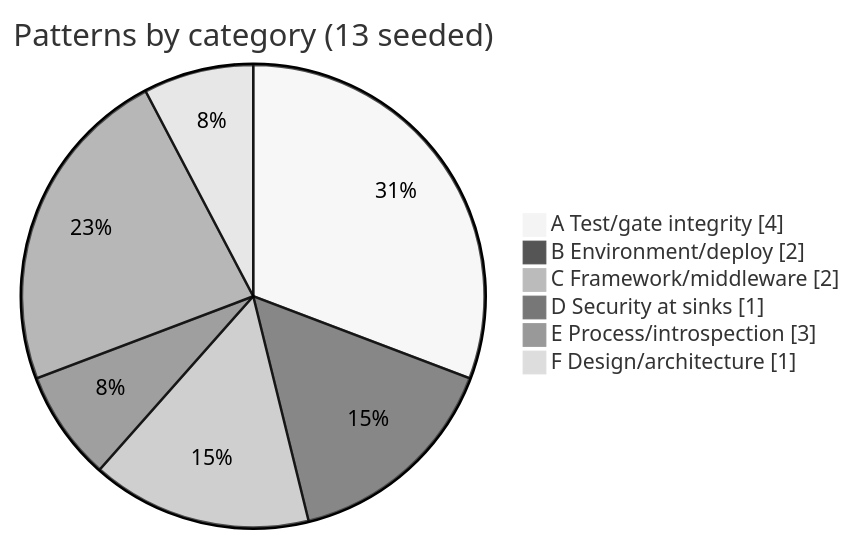
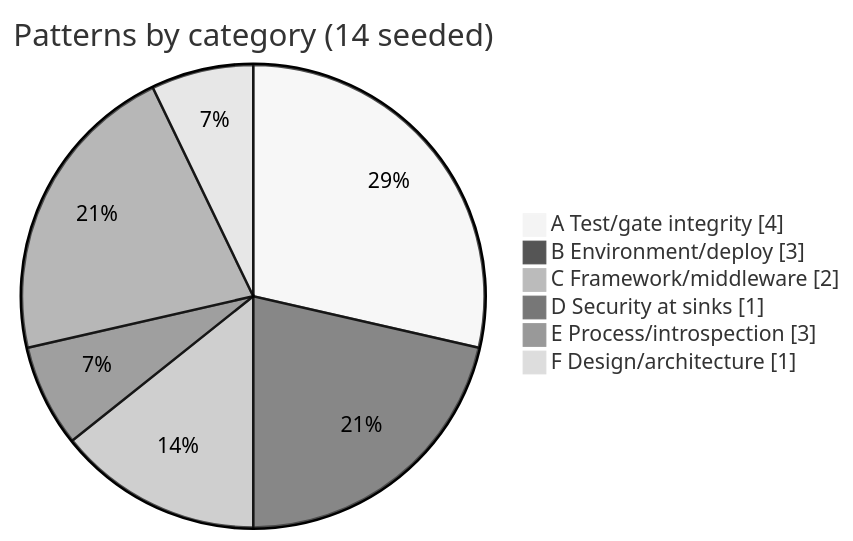
One commit to pranems/SCIMServer changed the second of 2 diagrams in docs/strategy/ENGINEERING_LESSONS_AND_PATTERNS.md. Above: the diagram before and after it, drawn with Mermaid (neutral theme). The commit also changed other lines of this file and 6 other files, not shown here.

````diff
--- a/docs/strategy/ENGINEERING_LESSONS_AND_PATTERNS.md
+++ b/docs/strategy/ENGINEERING_LESSONS_AND_PATTERNS.md
@@ -92,10 +92,10 @@
 ```mermaid
 pie showData
-    title Patterns by category (13 seeded)
+    title Patterns by category (14 seeded)
     "A Test/gate integrity" : 4
-    "B Environment/deploy" : 2
+    "B Environment/deploy" : 3
     "C Framework/middleware" : 2
     "D Security at sinks" : 1
     "E Process/introspection" : 3
     "F Design/architecture" : 1
 ```
````
